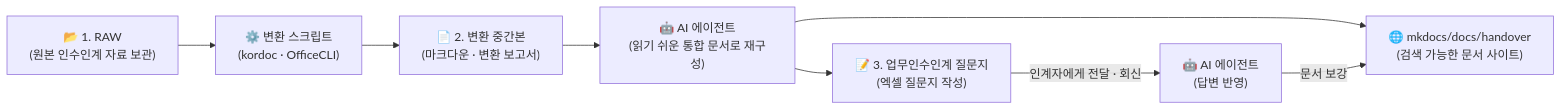
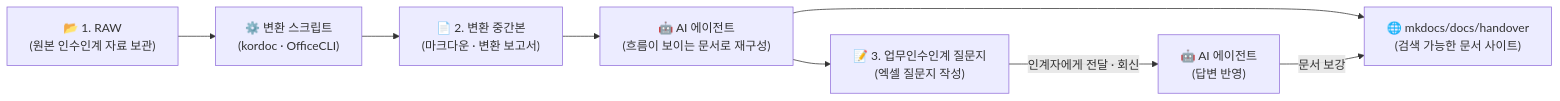
The diagram in README.md (kedufine/work_notes_mkdocs), drawn with Mermaid before and after one commit. The commit also changed other lines of this file and 4 other files, not shown here.

````diff
--- a/README.md
+++ b/README.md
@@ -13,10 +13,10 @@
 ```mermaid
 flowchart LR
     A["📂 1. RAW<br>(원본 인수인계 자료 보관)"] --> B["⚙️ 변환 스크립트<br>(kordoc · OfficeCLI)"]
     B --> C["📄 2. 변환 중간본<br>(마크다운 · 변환 보고서)"]
-    C --> D["🤖 AI 에이전트<br>(읽기 쉬운 통합 문서로 재구성)"]
+    C --> D["🤖 AI 에이전트<br>(흐름이 보이는 문서로 재구성)"]
     D --> E["🌐 mkdocs/docs/handover<br>(검색 가능한 문서 사이트)"]
     D --> F["📝 3. 업무인수인계 질문지<br>(엑셀 질문지 작성)"]
     F -->|인계자에게 전달 · 회신| G["🤖 AI 에이전트<br>(답변 반영)"]
     G -->|문서 보강| E
 ```
````
